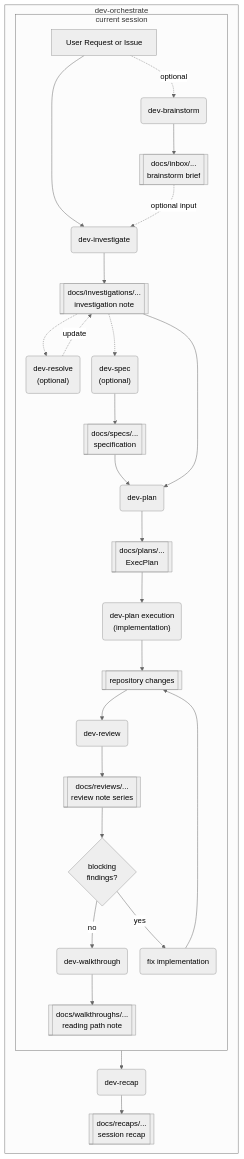
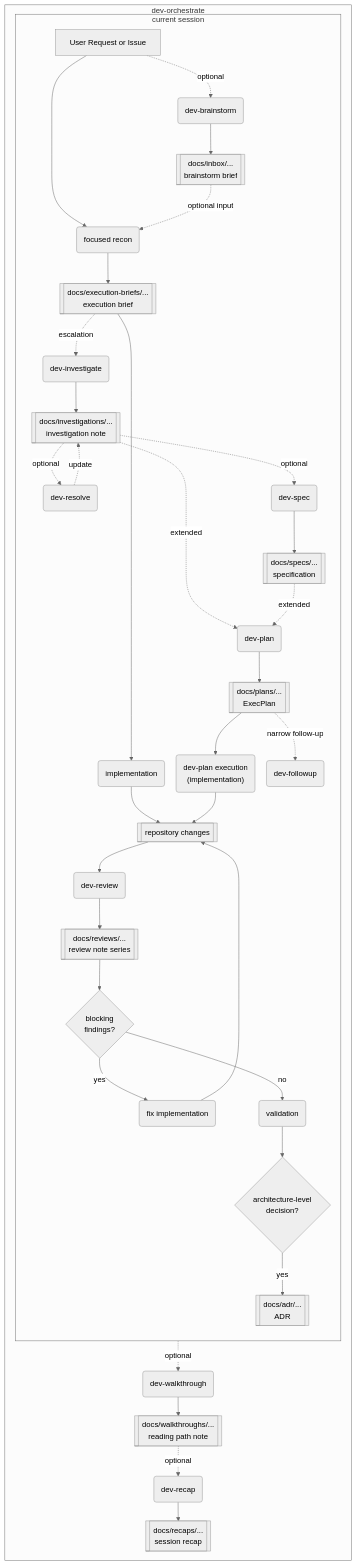
The diagram in README.md (ayatoy/skills), drawn with Mermaid (neutral theme) before and after one commit. The commit also changed other lines of this file and 13 other files, not shown here.

````diff
--- a/README.md
+++ b/README.md
@@ -26,29 +26,34 @@
 ```mermaid
 %%{init: {'flowchart': {'nodeSpacing': 24, 'rankSpacing': 14}}}%%
 flowchart TB
     subgraph S["dev-orchestrate"]
         direction TB
 
         subgraph Q["current session"]
             direction TB
 
             A["User Request or Issue"] -. optional .-> R("dev-brainstorm") --> T[["docs/inbox/...<br/>brainstorm brief"]]
-            A["User Request or Issue"] --> B("dev-investigate") --> C[["docs/investigations/...<br/>investigation note"]]
+            A["User Request or Issue"] --> B("focused recon") --> C[["docs/execution-briefs/...<br/>execution brief"]]
             T -. optional input .-> B
 
-            C -.-> D("dev-resolve<br/>(optional)")
-            D -. update .-> C
+            C --> I("implementation") --> J[["repository changes"]]
+            J --> K("dev-review") --> M[["docs/reviews/...<br/>review note series"]] --> X{"blocking<br/>findings?"}
+            X -- yes --> Y("fix implementation") --> J
+            X -- no --> V("validation") --> Z{"architecture-level<br/>decision?"}
+            Z -- yes --> AA[["docs/adr/...<br/>ADR"]]
 
-            C -.-> E("dev-spec<br/>(optional)")
-            E --> G[["docs/specs/...<br/>specification"]] --> F("dev-plan")
-
-            C --> F
-            F --> H[["docs/plans/...<br/>ExecPlan"]] --> I("dev-plan execution<br/>(implementation)") --> J[["repository changes"]]
-
-            J --> K("dev-review") --> M[["docs/reviews/...<br/>review note series"]] --> X{"blocking<br/>findings?"}
-            X -- no --> L("dev-walkthrough") --> N[["docs/walkthroughs/...<br/>reading path note"]]
-            X -- yes --> Y("fix implementation") --> J
+            C -. escalation .-> B2("dev-investigate")
+            B2 --> C2[["docs/investigations/...<br/>investigation note"]]
+            C2 -. optional .-> D("dev-resolve")
+            D -. update .-> C2
+            C2 -. optional .-> E("dev-spec")
+            E --> G[["docs/specs/...<br/>specification"]]
+            C2 -. extended .-> F("dev-plan")
+            G -. extended .-> F
+            F --> H[["docs/plans/...<br/>ExecPlan"]] --> I2("dev-plan execution<br/>(implementation)") --> J
+            H -. narrow follow-up .-> F2("dev-followup")
         end
-        Q --> O("dev-recap") --> P[["docs/recaps/...<br/>session recap"]]
+        Q -. optional .-> L("dev-walkthrough") --> N[["docs/walkthroughs/...<br/>reading path note"]]
+        N -. optional .-> O("dev-recap") --> P[["docs/recaps/...<br/>session recap"]]
     end
 ```
````
